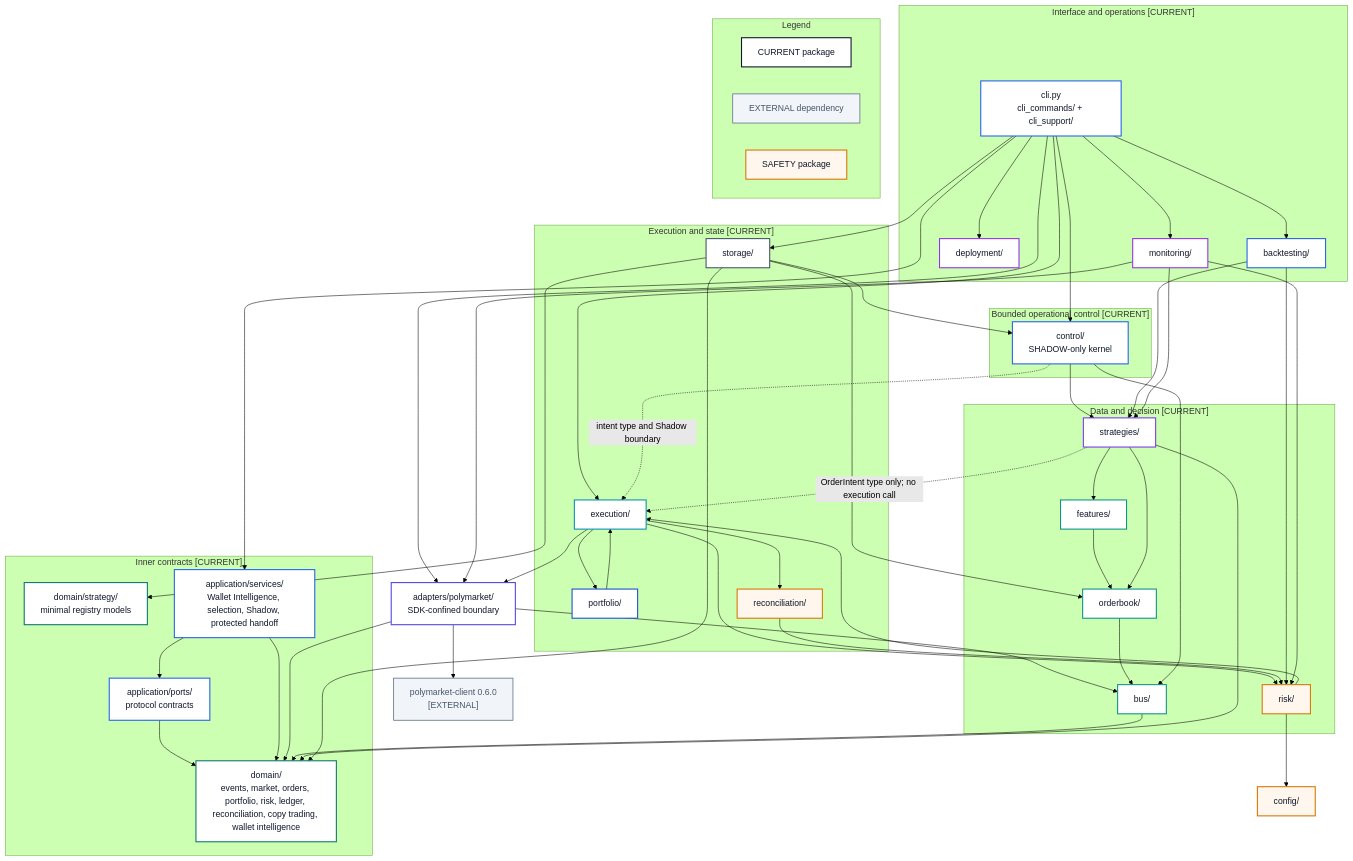
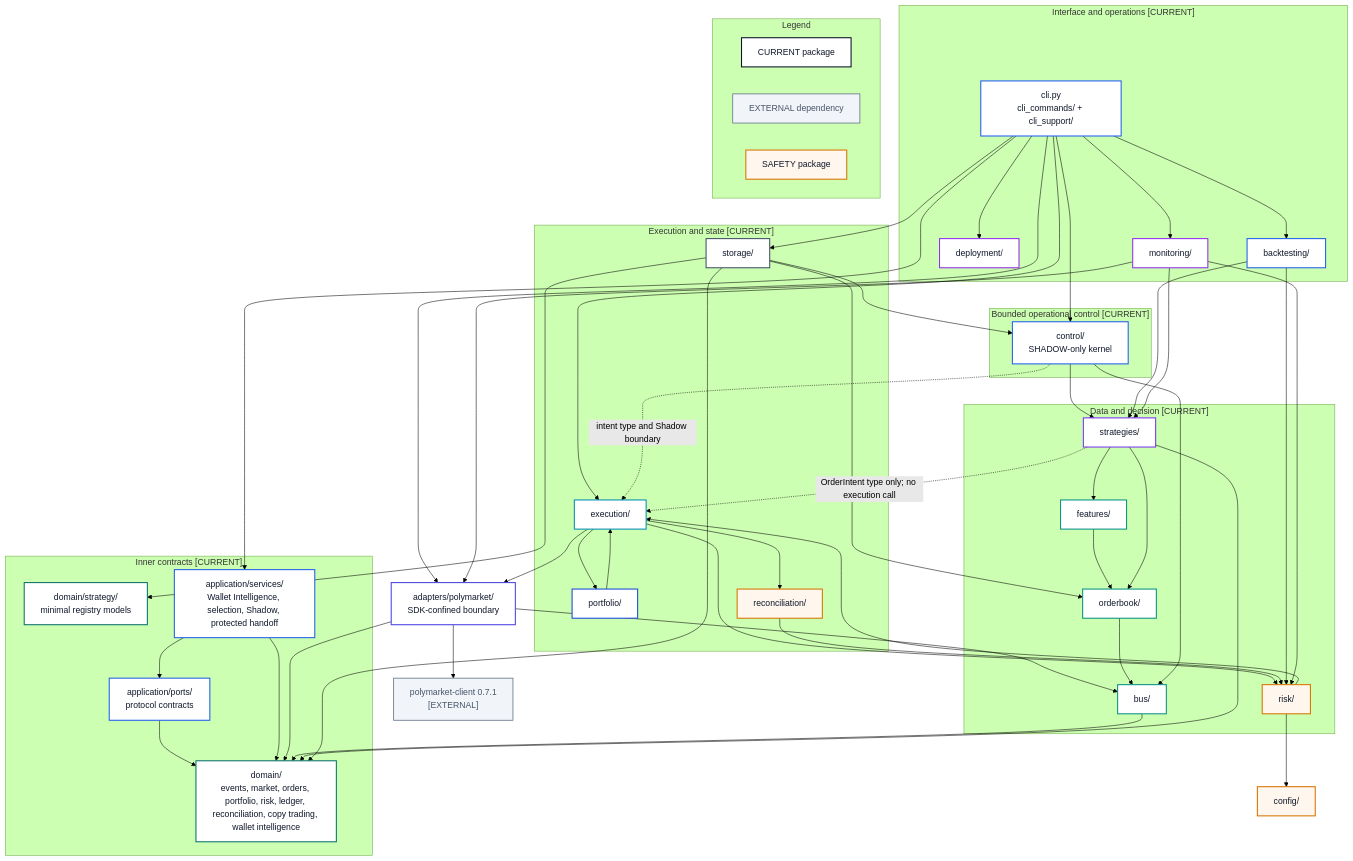
The diagram in docs/04-architecture/visual-system/sources/05-current-component-map.mmd (PolySia-Systems/Platform), drawn with Mermaid (forest theme) before and after one commit. The commit also changed 16 other files, not shown here.

```diff
--- a/docs/04-architecture/visual-system/sources/05-current-component-map.mmd
+++ b/docs/04-architecture/visual-system/sources/05-current-component-map.mmd
@@ -1,98 +1,98 @@
 flowchart TB
   subgraph INTERFACE["Interface and operations [CURRENT]"]
     CLI["cli.py\ncli_commands/ + cli_support/"]:::application
     Monitor["monitoring/"]:::observability
     Deploy["deployment/"]:::observability
     Backtest["backtesting/"]:::application
   end
 
   subgraph CORE["Inner contracts [CURRENT]"]
     Domain["domain/\nevents, market, orders, portfolio, risk, ledger, reconciliation, copy trading, wallet intelligence"]:::domain
     Registry["domain/strategy/\nminimal registry models"]:::domain
     Ports["application/ports/\nprotocol contracts"]:::application
     Services["application/services/\nWallet Intelligence, selection, Shadow, protected handoff"]:::application
   end
 
   subgraph CONTROL["Bounded operational control [CURRENT]"]
     ControlKernel["control/\nSHADOW-only kernel"]:::application
   end
 
   subgraph PIPELINE["Data and decision [CURRENT]"]
     Bus["bus/"]:::data
     Book["orderbook/"]:::data
     Features["features/"]:::data
     Strategies["strategies/"]:::strategy
     Risk["risk/"]:::risk
   end
 
   subgraph EXECSTATE["Execution and state [CURRENT]"]
     Execution["execution/"]:::execution
     Portfolio["portfolio/"]:::portfolio
     Storage["storage/"]:::storage
     Recon["reconciliation/"]:::risk
   end
 
   Adapter["adapters/polymarket/\nSDK-confined boundary"]:::adapter
   Config["config/"]:::risk
-  SDK["polymarket-client 0.6.0\n[EXTERNAL]"]:::external
+  SDK["polymarket-client 0.7.1\n[EXTERNAL]"]:::external
 
   CLI --> Monitor
   CLI --> Deploy
   CLI --> Backtest
   CLI --> Adapter
   CLI --> Execution
   CLI --> ControlKernel
   CLI --> Storage
   CLI --> Services
   Ports --> Domain
   Services --> Ports
   Services --> Domain
   Adapter --> Domain
   Adapter --> Bus
   Adapter --> SDK
   Bus --> Domain
   Book --> Bus
   Features --> Book
   Strategies --> Features
   Strategies --> Book
   Strategies --> Domain
   Strategies -.->|OrderIntent type only; no execution call| Execution
   Risk --> Execution
   Risk --> Config
   Execution --> Adapter
   Execution --> Risk
   Execution --> Recon
   Execution --> Portfolio
   Portfolio --> Execution
   Storage --> Domain
   Storage --> Book
   Storage --> Registry
   Storage --> ControlKernel
   ControlKernel --> Bus
   ControlKernel --> Strategies
   ControlKernel -.->|intent type and Shadow boundary| Execution
   Recon --> Risk
   Backtest --> Strategies
   Backtest --> Risk
   Monitor --> Strategies
   Monitor --> Risk
   Monitor --> Adapter
 
   subgraph LEGEND["Legend"]
     L1["CURRENT package"]:::current
     L2["EXTERNAL dependency"]:::external
     L3["SAFETY package"]:::risk
   end
 
   classDef current fill:#FFFFFF,stroke:#0F172A,stroke-width:2px,color:#0F172A;
   classDef external fill:#F1F5F9,stroke:#64748B,stroke-width:1.5px,color:#475569;
   classDef domain fill:#FFFFFF,stroke:#0F766E,stroke-width:2px,color:#0F172A;
   classDef application fill:#FFFFFF,stroke:#2563EB,stroke-width:2px,color:#0F172A;
   classDef strategy fill:#FFFFFF,stroke:#7C3AED,stroke-width:2px,color:#0F172A;
   classDef portfolio fill:#FFFFFF,stroke:#1D4ED8,stroke-width:2px,color:#0F172A;
   classDef risk fill:#FFF7ED,stroke:#D97706,stroke-width:2px,color:#0F172A;
   classDef execution fill:#FFFFFF,stroke:#0891B2,stroke-width:2px,color:#0F172A;
   classDef adapter fill:#FFFFFF,stroke:#4F46E5,stroke-width:2px,color:#0F172A;
   classDef data fill:#FFFFFF,stroke:#0D9488,stroke-width:2px,color:#0F172A;
   classDef storage fill:#FFFFFF,stroke:#475569,stroke-width:2px,color:#0F172A;
   classDef observability fill:#FFFFFF,stroke:#9333EA,stroke-width:2px,color:#0F172A;
```
